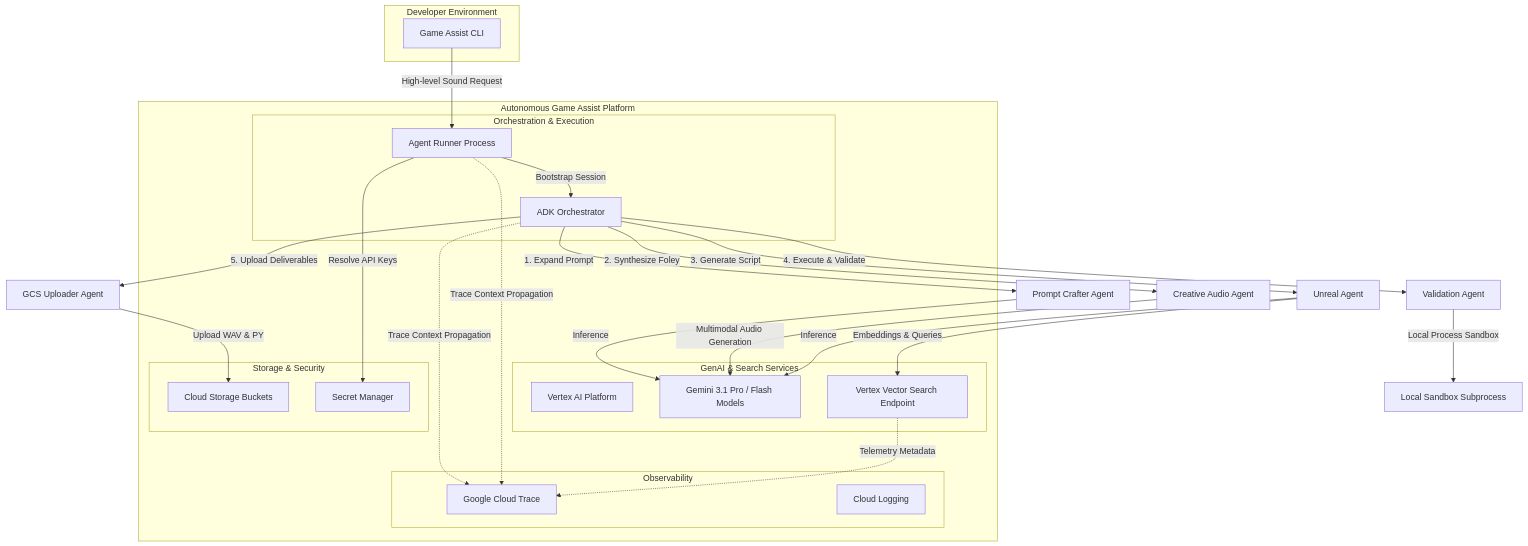
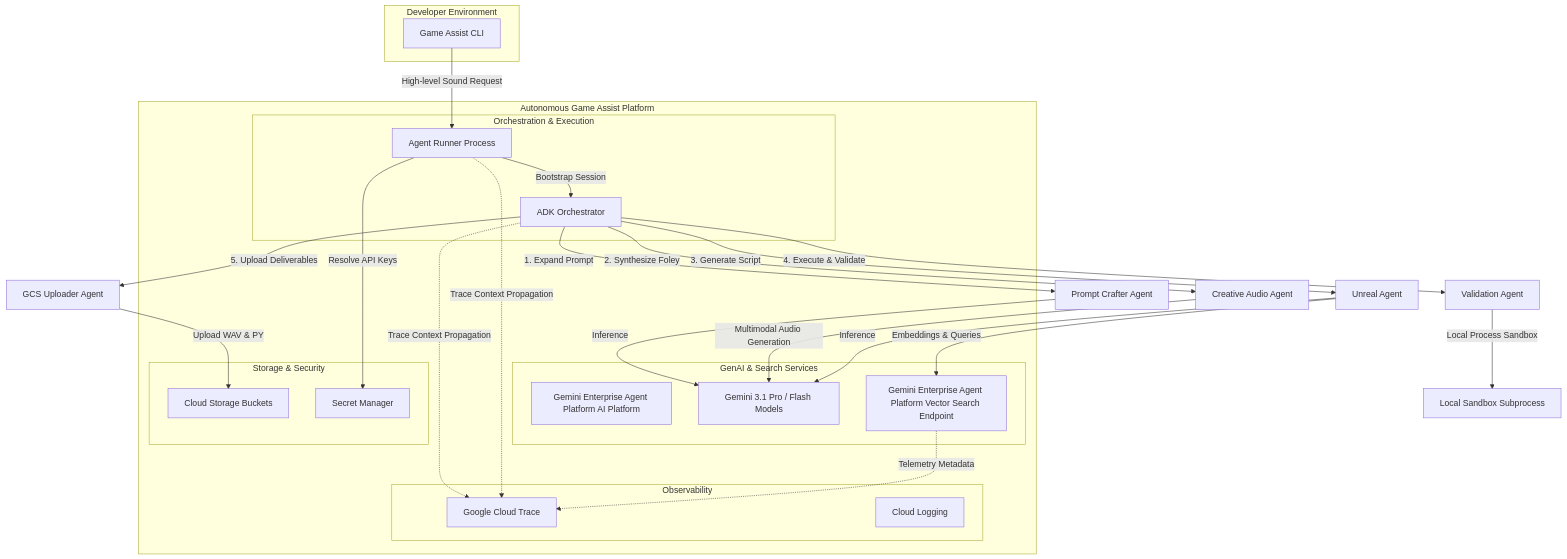
The diagram in architecture.md (iuriikogan/autonomous-game-assist-cli-demo), drawn with Mermaid before and after one commit. The commit also changed other lines of this file and 2 other files, not shown here.

Commit message:
added wiz scanning

````diff
--- a/architecture.md
+++ b/architecture.md
@@ -11,56 +11,56 @@
 ```mermaid
 graph TB
     subgraph Developer Environment
         CLI[Game Assist CLI]
     end
 
     subgraph GCP Project [Autonomous Game Assist Platform]
         subgraph Orchestration & Execution
             Runner[Agent Runner Process]
             ADK[ADK Orchestrator]
         end
 
         subgraph GenAI & Search Services
-            VertexAI[Vertex AI Platform]
+            GeminiEnterpriseAgentPlatform[Gemini Enterprise Agent Platform AI Platform]
             Gemini[Gemini 3.1 Pro / Flash Models]
-            VectorSearch[Vertex Vector Search Endpoint]
+            VectorSearch[Gemini Enterprise Agent Platform Vector Search Endpoint]
         end
 
         subgraph Storage & Security
             GCS[Cloud Storage Buckets]
             SecretManager[Secret Manager]
         end
 
         subgraph Observability
             CloudTrace[Google Cloud Trace]
             CloudLogging[Cloud Logging]
         end
     end
 
     %% Inputs
     CLI -->|High-level Sound Request| Runner
     
     %% Orchestration
     Runner -->|Bootstrap Session| ADK
     ADK -->|1. Expand Prompt| PromptCrafter[Prompt Crafter Agent]
     ADK -->|2. Synthesize Foley| CreativeAudio[Creative Audio Agent]
     ADK -->|3. Generate Script| UnrealAgent[Unreal Agent]
     ADK -->|4. Execute & Validate| ValidationAgent[Validation Agent]
     ADK -->|5. Upload Deliverables| GCSUploader[GCS Uploader Agent]
 
     %% Services
     PromptCrafter -->|Inference| Gemini
     CreativeAudio -->|Multimodal Audio Generation| Gemini
     UnrealAgent -->|Embeddings & Queries| VectorSearch
     UnrealAgent -->|Inference| Gemini
     ValidationAgent -->|Local Process Sandbox| LocalSandbox[Local Sandbox Subprocess]
     GCSUploader -->|Upload WAV & PY| GCS
     
     %% Security
     Runner -->|Resolve API Keys| SecretManager
     
     %% Telemetry
     ADK -.->|Trace Context Propagation| CloudTrace
     Runner -.->|Trace Context Propagation| CloudTrace
     VectorSearch -.->|Telemetry Metadata| CloudTrace
 ```
````
